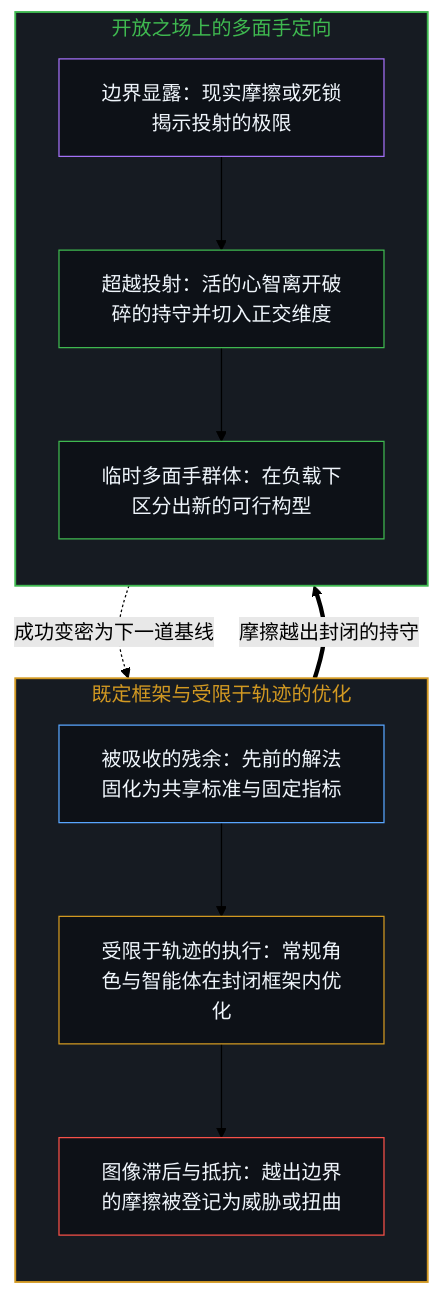
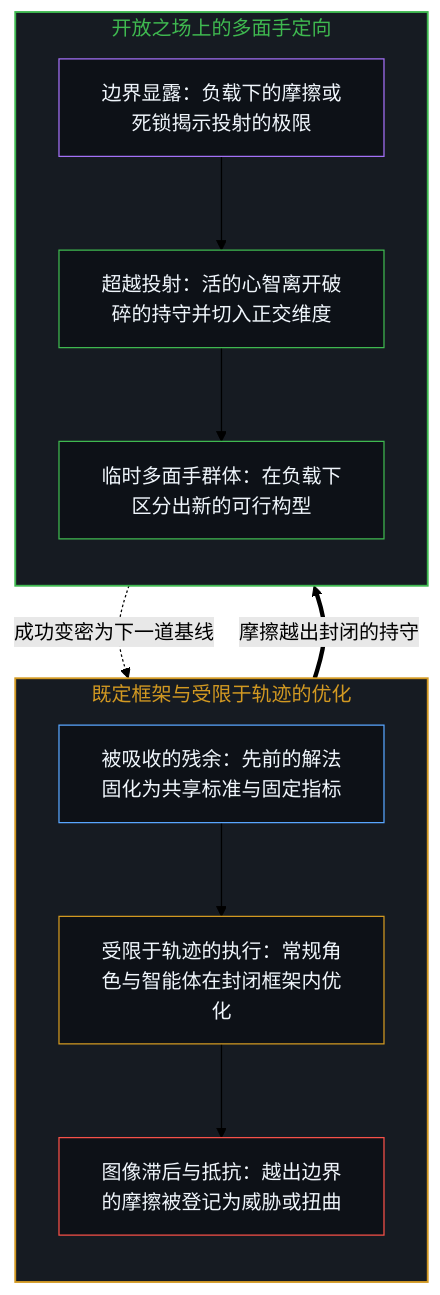
The first of 2 diagrams in content/posts/the-utility-men-of-progress.md (powerpig99/not-a-toe), drawn with Mermaid (forest theme) before and after one commit. The commit also changed other lines of this file and 2 other files, not shown here.

````diff
--- a/content/posts/the-utility-men-of-progress.md
+++ b/content/posts/the-utility-men-of-progress.md
@@ -79,30 +79,27 @@
 ```mermaid
 flowchart TD
     subgraph S_Closed["既定框架与受限于轨迹的优化"]
         direction TB
         C_Absorb["被吸收的残余：先前的解法固化为共享标准与固定指标"]
         C_Traj["受限于轨迹的执行：常规角色与智能体在封闭框架内优化"]
         C_Lag["图像滞后与抵抗：越出边界的摩擦被登记为威胁或扭曲"]
         C_Absorb --> C_Traj --> C_Lag
     end
-
     subgraph S_Open["开放之场上的多面手定向"]
         direction TB
-        O_Signal["边界显露：现实摩擦或死锁揭示投射的极限"]
+        O_Signal["边界显露：负载下的摩擦或死锁揭示投射的极限"]
         O_Step["超越投射：活的心智离开破碎的持守并切入正交维度"]
         O_Solve["临时多面手群体：在负载下区分出新的可行构型"]
         O_Signal --> O_Step --> O_Solve
     end
-
     C_Lag ==>|"摩擦越出封闭的持守"| O_Signal
     O_Solve -.->|"成功变密为下一道基线"| C_Absorb
-
     style S_Closed fill:#161b22,stroke:#d29922,stroke-width:1.5px,color:#d29922
     style S_Open fill:#161b22,stroke:#3fb950,stroke-width:1.5px,color:#3fb950
     style C_Absorb fill:#0d1117,stroke:#58a6ff,stroke-width:1px,color:#f0f6fc
     style C_Traj fill:#0d1117,stroke:#d29922,stroke-width:1px,color:#f0f6fc
     style C_Lag fill:#0d1117,stroke:#f85149,stroke-width:1px,color:#f0f6fc
     style O_Signal fill:#0d1117,stroke:#a371f7,stroke-width:1px,color:#f0f6fc
     style O_Step fill:#0d1117,stroke:#3fb950,stroke-width:1px,color:#f0f6fc
     style O_Solve fill:#0d1117,stroke:#3fb950,stroke-width:1px,color:#f0f6fc
 ```
````
